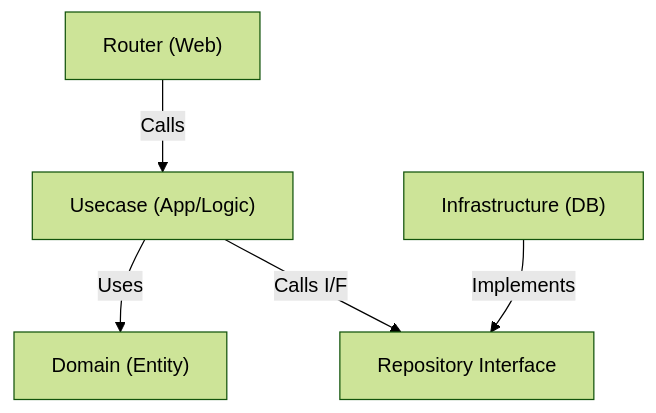
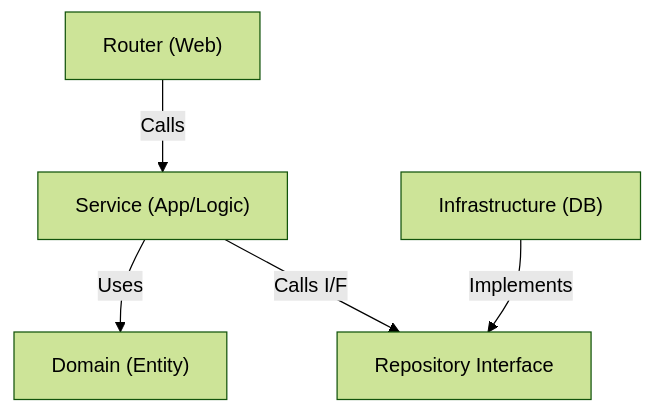
One commit to umwinter/outputudy changed the diagram in doc/architecture.md. Above: the diagram before and after it, drawn with Mermaid (forest theme). The commit also changed other lines of this file and 4 other files, not shown here.

Commit message:
refactor: rename usecase layer to service

````diff
--- a/doc/architecture.md
+++ b/doc/architecture.md
@@ -8,7 +8,7 @@
 ```mermaid
 graph TD
-    Router["Router (Web)"] -->|Calls| Usecase["Usecase (App/Logic)"]
-    Usecase -->|Uses| Domain["Domain (Entity)"]
-    Usecase -->|Calls I/F| RepositoryIF["Repository Interface"]
+    Router["Router (Web)"] -->|Calls| Service["Service (App/Logic)"]
+    Service -->|Uses| Domain["Domain (Entity)"]
+    Service -->|Calls I/F| RepositoryIF["Repository Interface"]
     Infrastructure["Infrastructure (DB)"] -->|Implements| RepositoryIF
 ```
````
